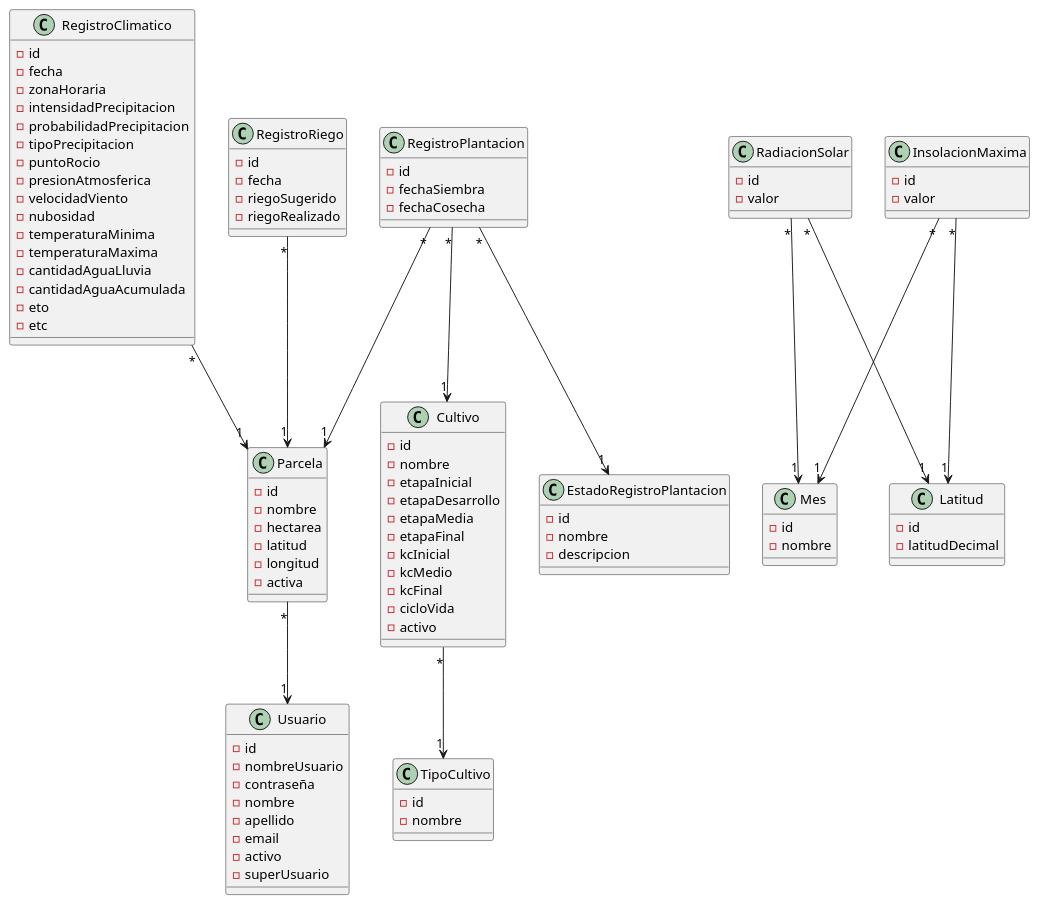
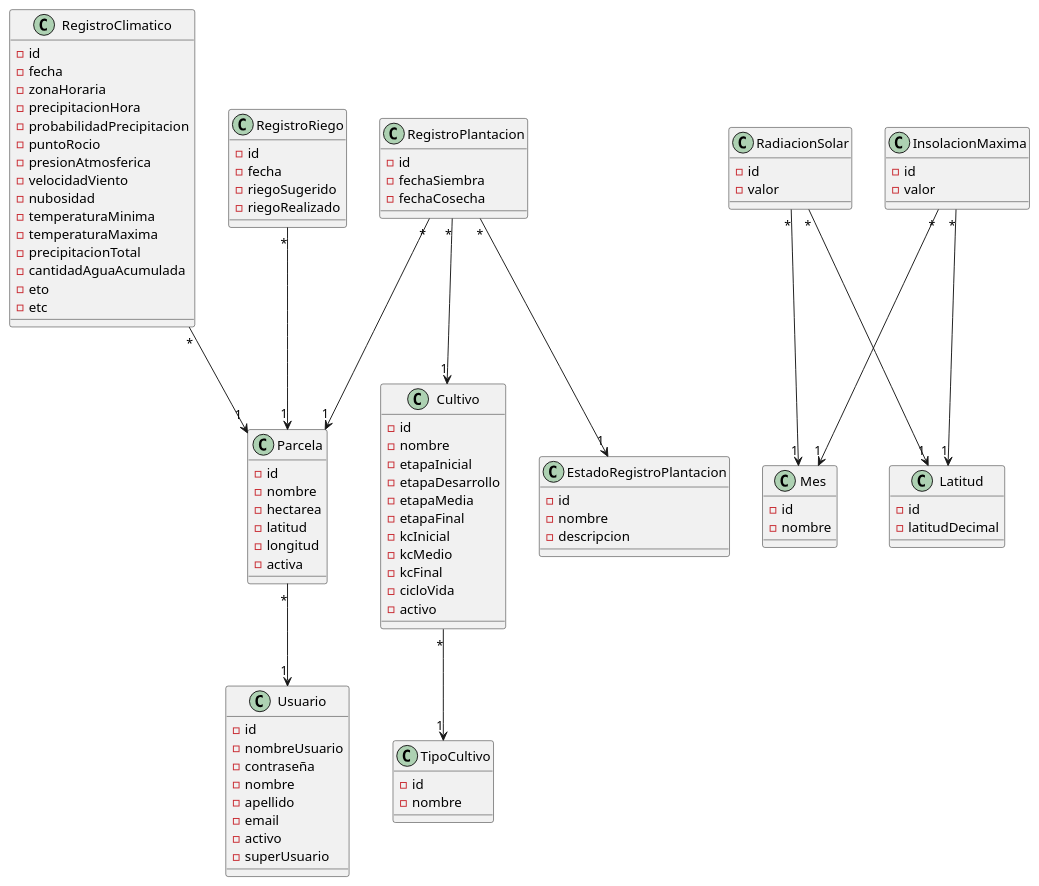
One commit to facundopaez-dev/sistema-web-riego changed the diagram in domain model/Modelo de dominio.pu. Above: the diagram before and after it, drawn with PlantUML. The commit also changed 1 other file, not shown here.

Commit message:
Atributos 'precipitacionHora' y 'precipitacionTotal' agregados a la entidad RegistroClimatico, modelo de dominio

```diff
--- a/domain model/Modelo de dominio.pu
+++ b/domain model/Modelo de dominio.pu
@@ -1,112 +1,111 @@
 @startuml
 
 Parcela "*"-->"1" Usuario
 RegistroClimatico "*"-->"1" Parcela
 RegistroRiego "*"-->"1" Parcela
 RegistroPlantacion "*"-->"1" Parcela
 RegistroPlantacion "*"-->"1" Cultivo
 RegistroPlantacion "*"-->"1" EstadoRegistroPlantacion
 RadiacionSolar "*"-->"1" Mes
 RadiacionSolar "*"-->"1" Latitud
 InsolacionMaxima "*"-->"1" Mes
 InsolacionMaxima "*"-->"1" Latitud
 Cultivo "*"-->"1" TipoCultivo
 
 class Parcela {
 -id
 -nombre
 -hectarea
 -latitud
 -longitud
 -activa
 }
 
 class Cultivo {
 -id
 -nombre
 -etapaInicial
 -etapaDesarrollo
 -etapaMedia
 -etapaFinal
 -kcInicial
 -kcMedio
 -kcFinal
 -cicloVida
 -activo
 }
 
 class TipoCultivo {
 -id
 -nombre
 }
 
 class RegistroClimatico {
 -id
 -fecha
 -zonaHoraria
--intensidadPrecipitacion
+-precipitacionHora
 -probabilidadPrecipitacion
--tipoPrecipitacion
 -puntoRocio
 -presionAtmosferica
 -velocidadViento
 -nubosidad
 -temperaturaMinima
 -temperaturaMaxima
--cantidadAguaLluvia
+-precipitacionTotal
 -cantidadAguaAcumulada
 -eto
 -etc
 }
 
 class RegistroPlantacion {
 -id
 -fechaSiembra
 -fechaCosecha
 }
 
 class RegistroRiego {
 -id
 -fecha
 -riegoSugerido
 -riegoRealizado
 }
 
 class Usuario {
 -id
 -nombreUsuario
 -contraseña
 -nombre
 -apellido
 -email
 -activo
 -superUsuario
 }
 
 class EstadoRegistroPlantacion {
 -id
 -nombre
 -descripcion
 }
 
 class Mes {
 -id
 -nombre
 }
 
 class Latitud {
 -id
 -latitudDecimal
 }
 
 class RadiacionSolar {
 -id
 -valor
 }
 
 class InsolacionMaxima {
 -id
 -valor
 }
 
 @enduml
```
